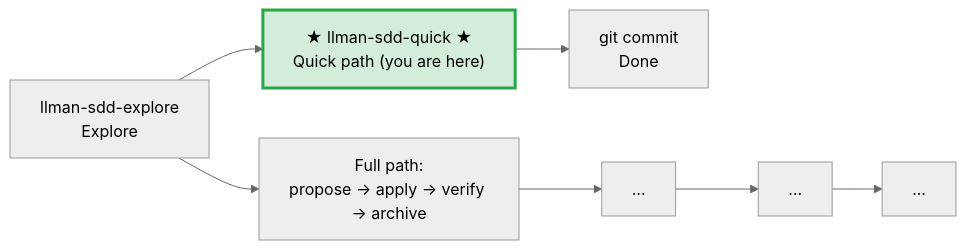
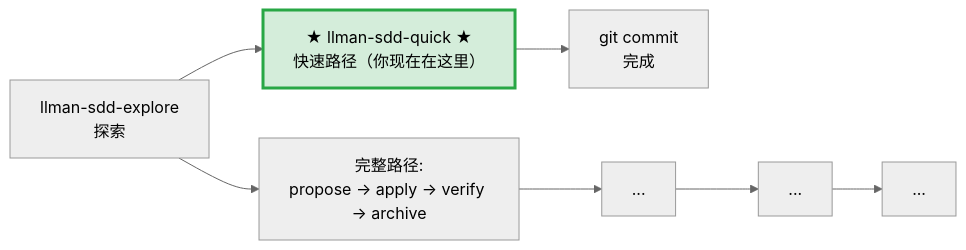
Before and after one commit to StrayDragon/crystalith: the diagram in .agents/skills/llman-sdd-quick/SKILL.md, drawn with Mermaid (neutral theme). The commit also changed other lines of this file and 12 other files, not shown here.

Commit message:
agentdev: update llman sdd skills

````diff
--- a/.agents/skills/llman-sdd-quick/SKILL.md
+++ b/.agents/skills/llman-sdd-quick/SKILL.md
@@ -14,14 +14,14 @@
 ```mermaid
 flowchart LR
-    explore["llman-sdd-explore<br/>Explore"] --> quick
+    explore["llman-sdd-explore<br/>探索"] --> quick
 
-    quick["★ llman-sdd-quick ★<br/>Quick path (you are here)"]
-    quick --> commit["git commit<br/>Done"]
+    quick["★ llman-sdd-quick ★<br/>快速路径（你现在在这里）"]
+    quick --> commit["git commit<br/>完成"]
 
-    explore --> propose["Full path:<br/>propose → apply → verify → archive"]
+    explore --> propose["完整路径:<br/>propose → apply → verify → archive"]
     propose --> apply["..."]
     apply --> verify["..."]
     verify --> archive["..."]
 
     style quick fill:#d4edda,stroke:#28a745,stroke-width:3px
 ```
````
